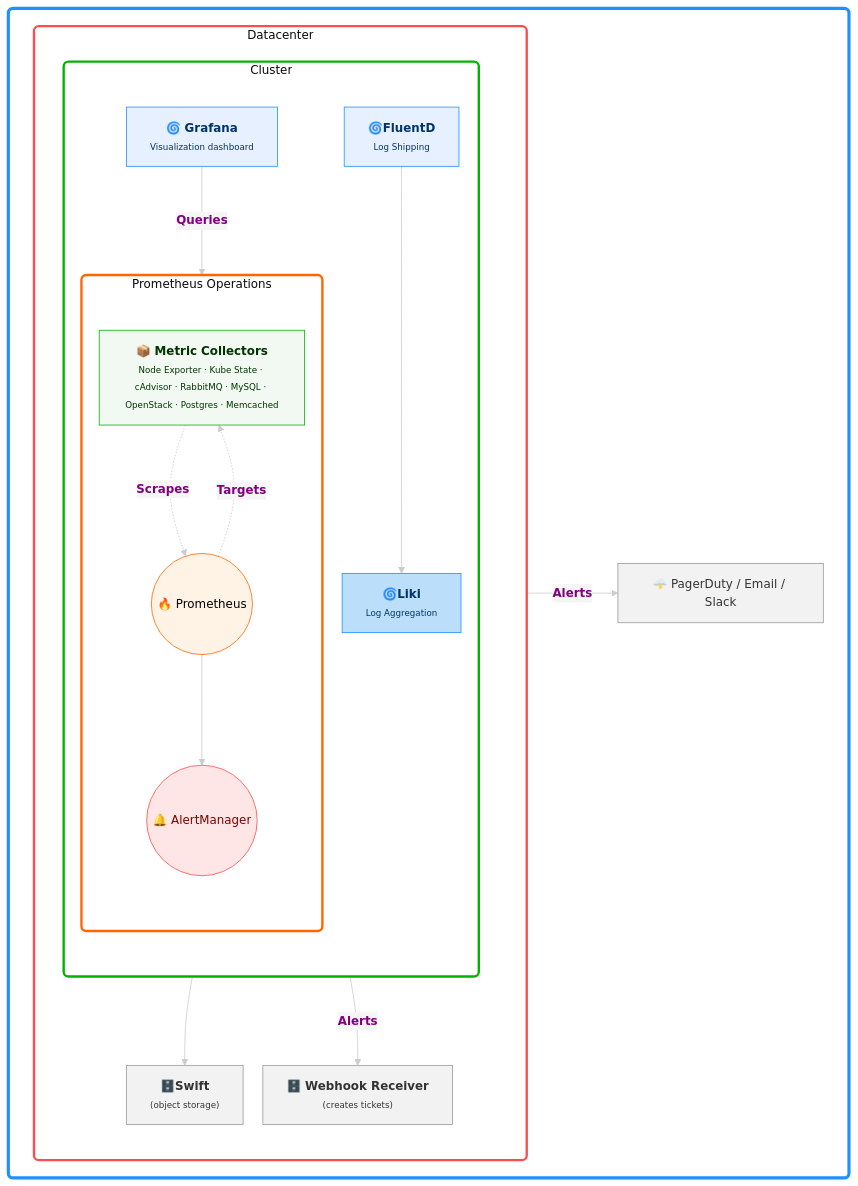
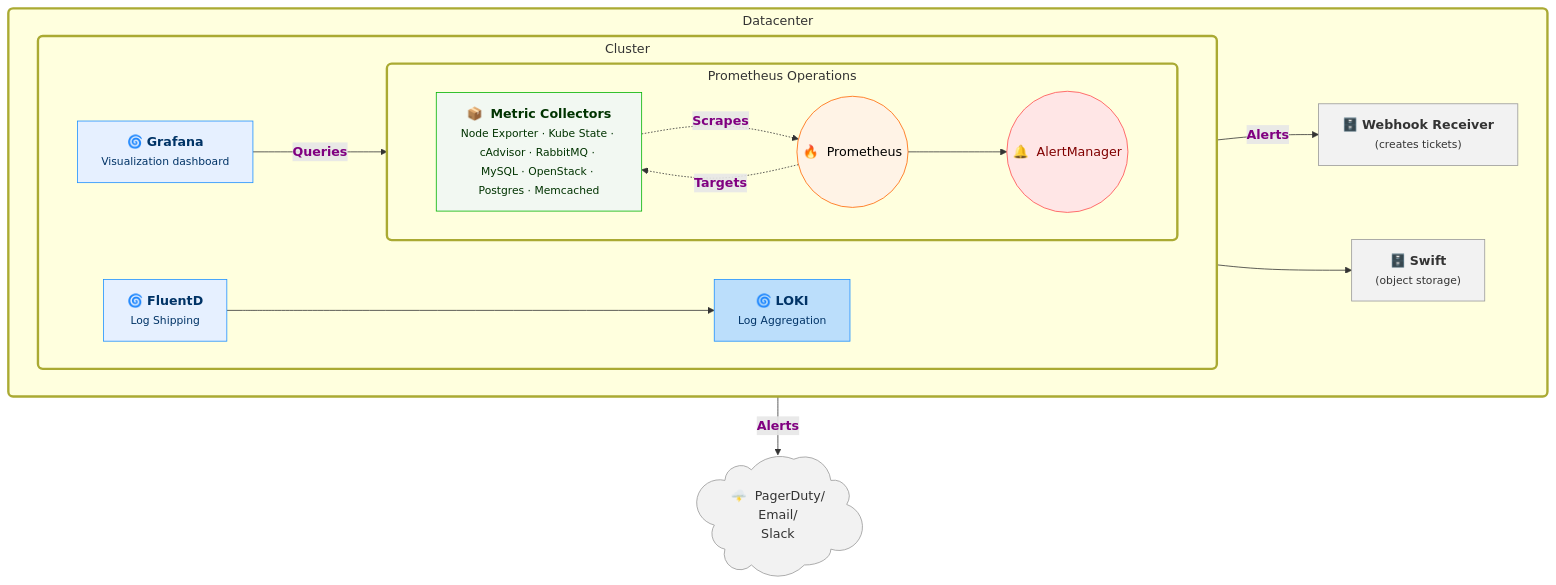
The diagram in docs/content/deployment-guide/open-infrastructure/observability/_index.md (OpenStackKen/genestack), drawn with Mermaid before and after one commit. The commit also changed 9 other files, not shown here.

````diff
--- a/docs/content/deployment-guide/open-infrastructure/observability/_index.md
+++ b/docs/content/deployment-guide/open-infrastructure/observability/_index.md
@@ -24,87 +24,63 @@
 ``` mermaid
----
-config:
-  theme: base
-  themeVariables:
-    fontSize: 15px
-    fontFamily: Inter, Helvetica, Arial
-    primaryColor: '#1e90ff'
-    primaryBorderColor: '#1e90ff'
-    primaryTextColor: '#ffffff'
-    lineColor: '#cccccc'
-    secondaryColor: '#fafafa'
-    tertiaryColor: '#f5f5f5'
-    edgeLabelBackground: '#f5f5f5'
-    nodeBorder: rgba(0,0,0,0.4)
-    clusterBkg: transparent
-    clusterBorder: rgba(0,0,0,0.4)
-  flowchart:
-    curve: basis
-    nodeSpacing: 25
-    rankSpacing: 40
-  layout: dagre
----
 flowchart TB
  subgraph PROMOPS["Prometheus&nbsp;Operations"]
-    direction TB
-        MC@{ label: "📦&nbsp;<b>Metric&nbsp;Collectors</b><br><span style=\"font-size:11px\">Node Exporter · Kube State · cAdvisor · RabbitMQ · MySQL · OpenStack · Postgres · Memcached</span>" }
-        PROM(("🔥 Prometheus"))
-        AM(("🔔 AlertManager"))
+    direction LR
+        MC@{ label: "📦&nbsp;&nbsp;<b>Metric&nbsp;Collectors</b><br><span style=\"font-size:0.85em\">Node Exporter · Kube State · cAdvisor · RabbitMQ · MySQL · OpenStack · Postgres · Memcached</span>" }
+        PROM(("🔥&nbsp;&nbsp;Prometheus"))
+        AM(("🔔&nbsp;&nbsp;AlertManager"))
   end
  subgraph FLEX["Cluster"]
-    direction TB
+    direction LR
         PROMOPS
-        GRAF@{ label: "🌀&nbsp;<b>Grafana</b><br><span style=\"font-size:11px\">Visualization&nbsp;dashboard</span>" }
-        n1@{ label: "🌀<b>FluentD</b><br><span style=\"font-size:11px\">Log Shipping</span>" }
-        n2@{ label: "<span style=\"padding-left:\">🌀<b>Liki</b><br><span style=\"font-size:11px\">Log Aggregation</span></span>" }
+        GRAF@{ label: "🌀&nbsp;<b>Grafana</b><br><span style=\"font-size:0.85em\">Visualization&nbsp;dashboard</span>" }
+        FLUENTD@{ label: "🌀&nbsp;<b>FluentD</b><br><span style=\"font-size:0.85em\">Log Shipping</span>" }
+        LOKI@{ label: "<span style=\"padding-left:\">🌀&nbsp;<b>LOKI</b><br><span style=\"font-size:0.85em\">Log Aggregation</span></span>" }
   end
  subgraph RACKSPACE["Datacenter"]
-    direction TB
+    direction LR
         FLEX
-        ENC@{ label: "🗄️&nbsp;<b>Webhook&nbsp;Receiver</b><br><span style=\"font-size:11px\">(creates tickets)</span>" }
-        n3@{ label: "🗄️<b>Swift</b><br><span style=\"font-size:11px\">(object storage)</span>" }
+        ENC@{ label: "🗄️&nbsp;<b>Webhook&nbsp;Receiver</b><br><span style=\"font-size:0.85em\">(creates tickets)</span>" }
+        SWIFT@{ shape: cyl, label: "🗄️&nbsp;<b>Swift</b><br><span style=\"font-size:0.85em\">(object storage)</span>" }
   end
- subgraph INTERNET[" "]
-    direction LR
-        PD["🌩️&nbsp;PagerDuty / Email / Slack"]
-        RACKSPACE
-  end
+
+RACKSPACE
+PD@{ shape: cloud, label: "🌩️&nbsp;&nbsp;PagerDuty/<br>Email/<br>Slack" }
+
     MC -. Scrapes .-> PROM
     PROM -. Targets .-> MC
     PROM --> AM
     GRAF -- Queries --> PROM
     AM -- Alerts --> PD & ENC
-    n1 --> n2
-    n2 --> n3
+    FLUENTD --> LOKI
+    LOKI --> SWIFT
     MC@{ shape: rect}
     GRAF@{ shape: rect}
-    n1@{ shape: rect}
-    n2@{ shape: rect}
+    FLUENTD@{ shape: rect}
+    LOKI@{ shape: rect}
     ENC@{ shape: rect}
-    n3@{ shape: rect}
+    SWIFT@{ shape: rect}
      MC:::collectorNode
      PROM:::promNode
      AM:::alertNode
      GRAF:::grafNode
-     n1:::grafNode
-     n2:::grafNode
+     FLUENTD:::grafNode
+     LOKI:::grafNode
      ENC:::miscNode
-     n3:::miscNode
+     SWIFT:::miscNode
      PD:::miscNode
-    classDef promNode      fill:#fff3e6,color:#000,stroke:#ff6600,stroke-width:1px
-    classDef alertNode     fill:#ffe6e6,color:#800000,stroke:#ff4d4d,stroke-width:1px
-    classDef collectorNode fill:#f2f8f2,color:#003300,stroke:#00b300,stroke-width:1px
-    classDef miscNode      fill:#f2f2f2,color:#333,stroke:#999,stroke-width:1px
-    classDef grafNode fill:#e6f0ff, color:#003366, stroke:#1e90ff, stroke-width:1px
-    style PROMOPS   stroke-width:3px,stroke:#ff6600,rx:6px,ry:6px
-    style n2 fill:#BBDEFB,color:#000000
-    style FLEX      stroke-width:3px,stroke:#00b300,rx:6px,ry:6px
-    style RACKSPACE stroke-width:3px,stroke:#ff4d4d,rx:6px,ry:6px
-    style INTERNET  stroke-width:4px,stroke:#1e90ff,rx:6px,ry:6px
-    linkStyle 0 color:#800080,font-weight:bold,fill:none
-    linkStyle 1 color:#800080,font-weight:bold,fill:none
-    linkStyle 2 color:#800080,font-weight:bold,fill:none
-    linkStyle 3 color:#800080,font-weight:bold,fill:none
-    linkStyle 4 color:#800080,font-weight:bold,fill:none
-    linkStyle 5 color:#800080,font-weight:bold,fill:none
+    classDef promNode       fill:#fff3e6,color:#000,stroke:#ff6600,stroke-width:1px
+    classDef alertNode      fill:#ffe6e6,color:#800000,stroke:#ff4d4d,stroke-width:1px
+    classDef collectorNode  fill:#f2f8f2,color:#003300,stroke:#00b300,stroke-width:1px
+    classDef miscNode       fill:#f2f2f2,color:#333,stroke:#999,stroke-width:1px
+    classDef grafNode       fill:#e6f0ff, color:#003366, stroke:#1e90ff, stroke-width:1px
+    style LOKI      fill:#BBDEFB,color:#000000
+    style PROMOPS   stroke-width:3px,rx:6px,ry:6px,padding:25px,line-height:2
+    style FLEX      stroke-width:3px,rx:6px,ry:6px,padding:25px,line-height:2
+    style RACKSPACE stroke-width:3px,rx:6px,ry:6px,padding:25px,line-height:2
+    linkStyle 0 color:#800080,font-weight:bold,background-color:none;
+    linkStyle 1 color:#800080,font-weight:bold,background-color:none;
+    linkStyle 2 color:#800080,font-weight:bold,background-color:none;
+    linkStyle 3 color:#800080,font-weight:bold,background-color:none;
+    linkStyle 4 color:#800080,font-weight:bold,background-color:none;
+    linkStyle 5 color:#800080,font-weight:bold,background-color:none;
 ```
````
